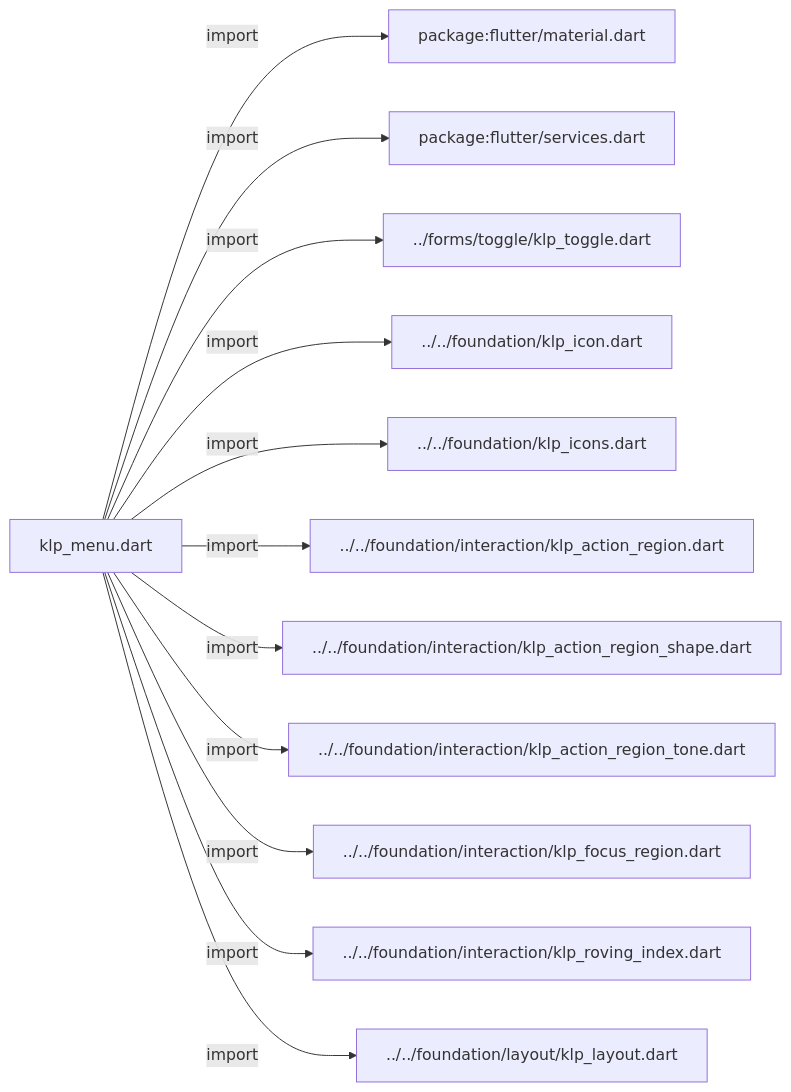
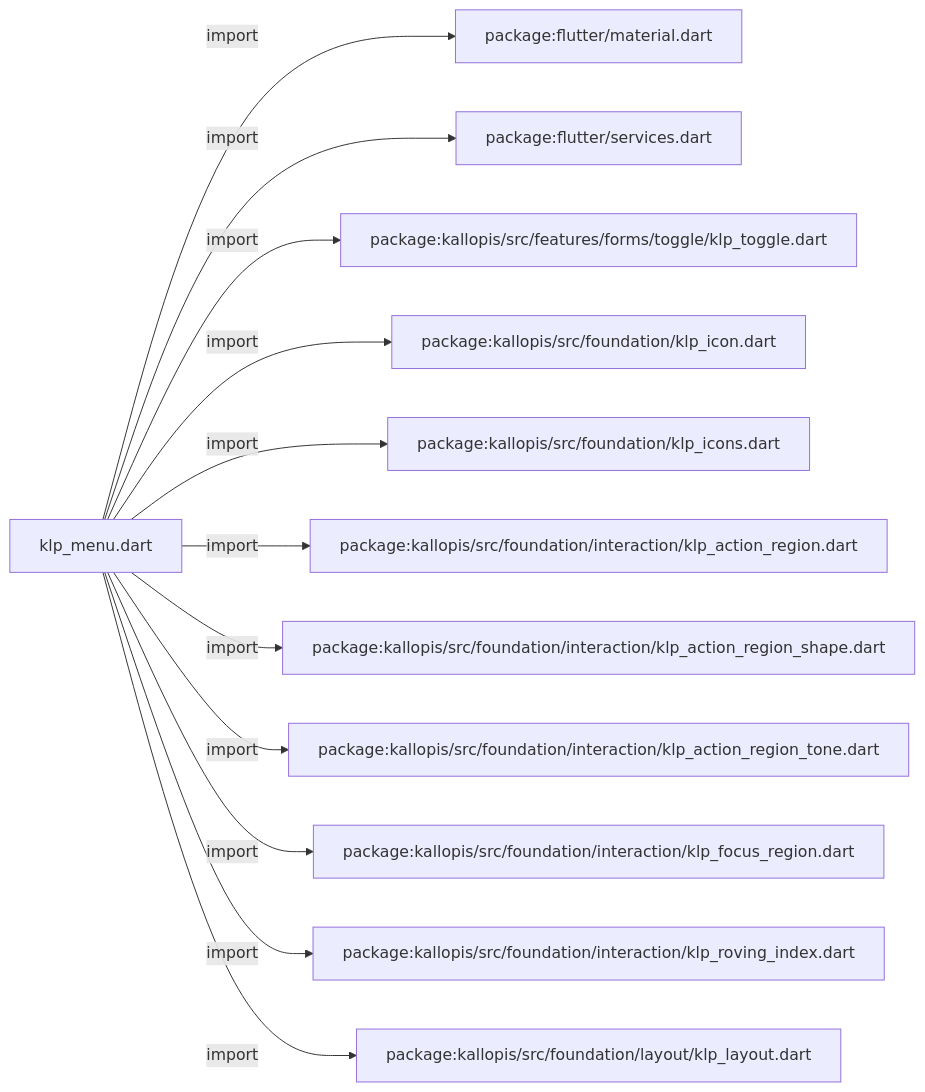
One commit to MiuDog/Kallopis changed the first of 3 diagrams in docs/architecture/src/features/overlays/klp_menu.md. Above: the diagram before and after it, drawn with Mermaid. The commit also changed other lines of this file and 9688 other files, not shown here.

Commit message:
Prepare isolated Flow F2 peer baseline

````diff
--- a/docs/architecture/src/features/overlays/klp_menu.md
+++ b/docs/architecture/src/features/overlays/klp_menu.md
@@ -11,26 +11,26 @@
 ```mermaid
 flowchart LR
 	n0["klp_menu.dart"]
 	n1["package:flutter/material.dart"]
 	n2["package:flutter/services.dart"]
-	n3["../forms/toggle/klp_toggle.dart"]
-	n4["../../foundation/klp_icon.dart"]
-	n5["../../foundation/klp_icons.dart"]
-	n6["../../foundation/interaction/klp_action_region.dart"]
-	n7["../../foundation/interaction/klp_action_region_shape.dart"]
-	n8["../../foundation/interaction/klp_action_region_tone.dart"]
-	n9["../../foundation/interaction/klp_focus_region.dart"]
-	n10["../../foundation/interaction/klp_roving_index.dart"]
-	n11["../../foundation/layout/klp_layout.dart"]
+	n3["package:kallopis/src/features/forms/toggle/klp_toggle.dart"]
+	n4["package:kallopis/src/foundation/klp_icon.dart"]
+	n5["package:kallopis/src/foundation/klp_icons.dart"]
+	n6["package:kallopis/src/foundation/interaction/klp_action_region.dart"]
+	n7["package:kallopis/src/foundation/interaction/klp_action_region_shape.dart"]
+	n8["package:kallopis/src/foundation/interaction/klp_action_region_tone.dart"]
+	n9["package:kallopis/src/foundation/interaction/klp_focus_region.dart"]
+	n10["package:kallopis/src/foundation/interaction/klp_roving_index.dart"]
+	n11["package:kallopis/src/foundation/layout/klp_layout.dart"]
 	n0 -->|"import"| n1
 	n0 -->|"import"| n2
 	n0 -->|"import"| n3
 	n0 -->|"import"| n4
 	n0 -->|"import"| n5
 	n0 -->|"import"| n6
 	n0 -->|"import"| n7
 	n0 -->|"import"| n8
 	n0 -->|"import"| n9
 	n0 -->|"import"| n10
 	n0 -->|"import"| n11
 ```
````
